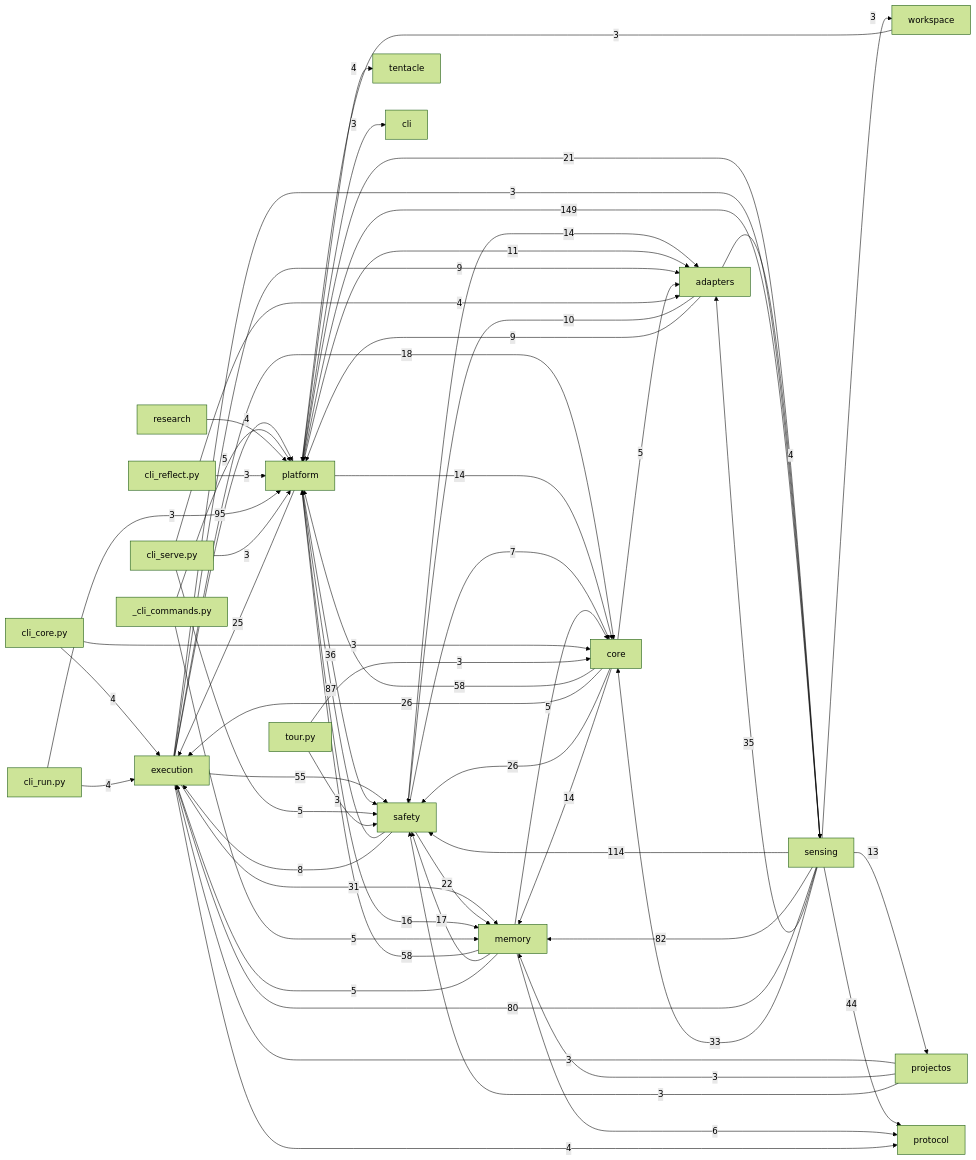
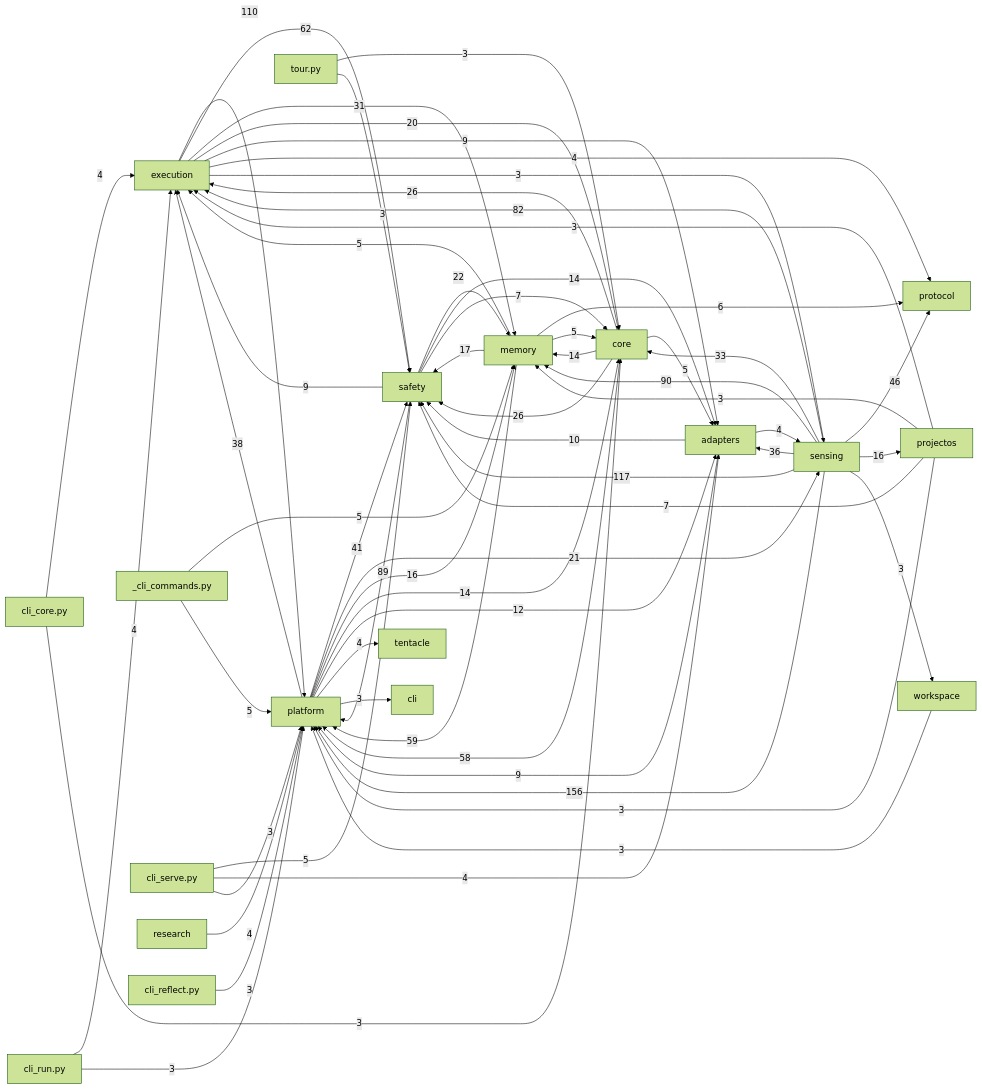
Before and after one commit to dengdenghua/octopus-agent: the diagram in docs/auto/20-backend/index.md, drawn with Mermaid (forest theme). The commit also changed 35 other files, not shown here.

````diff
--- a/docs/auto/20-backend/index.md
+++ b/docs/auto/20-backend/index.md
@@ -26,69 +26,70 @@
 ```mermaid
 graph LR
   execution[execution]
   core[core]
   safety[safety]
   memory[memory]
   sensing[sensing]
   adapters[adapters]
   platform[platform]
-  sensing -- 149 --> platform
-  sensing -- 114 --> safety
-  execution -- 95 --> platform
-  safety -- 87 --> platform
-  sensing -- 82 --> memory
-  sensing -- 80 --> execution
+  sensing -- 156 --> platform
+  sensing -- 117 --> safety
+  execution -- 110 --> platform
+  sensing -- 90 --> memory
+  safety -- 89 --> platform
+  sensing -- 82 --> execution
+  execution -- 62 --> safety
+  memory -- 59 --> platform
   core -- 58 --> platform
-  memory -- 58 --> platform
-  execution -- 55 --> safety
-  sensing -- 44 --> protocol
-  platform -- 36 --> safety
-  sensing -- 35 --> adapters
+  sensing -- 46 --> protocol
+  platform -- 41 --> safety
+  platform -- 38 --> execution
+  sensing -- 36 --> adapters
   sensing -- 33 --> core
   execution -- 31 --> memory
   core -- 26 --> execution
   core -- 26 --> safety
-  platform -- 25 --> execution
   safety -- 22 --> memory
   platform -- 21 --> sensing
-  execution -- 18 --> core
+  execution -- 20 --> core
   memory -- 17 --> safety
   platform -- 16 --> memory
+  sensing -- 16 --> projectos
   core -- 14 --> memory
   platform -- 14 --> core
   safety -- 14 --> adapters
-  sensing -- 13 --> projectos
-  platform -- 11 --> adapters
+  platform -- 12 --> adapters
   adapters -- 10 --> safety
   adapters -- 9 --> platform
   execution -- 9 --> adapters
-  safety -- 8 --> execution
+  safety -- 9 --> execution
+  projectos -- 7 --> safety
   safety -- 7 --> core
   memory -- 6 --> protocol
   _cli_commands.py -- 5 --> memory
   _cli_commands.py -- 5 --> platform
   cli_serve.py -- 5 --> safety
   core -- 5 --> adapters
   memory -- 5 --> core
   memory -- 5 --> execution
   adapters -- 4 --> sensing
   cli_core.py -- 4 --> execution
   cli_run.py -- 4 --> execution
   cli_serve.py -- 4 --> adapters
   execution -- 4 --> protocol
   platform -- 4 --> tentacle
   research -- 4 --> platform
   cli_core.py -- 3 --> core
   cli_reflect.py -- 3 --> platform
   cli_run.py -- 3 --> platform
   cli_serve.py -- 3 --> platform
   execution -- 3 --> sensing
   platform -- 3 --> cli
   projectos -- 3 --> execution
   projectos -- 3 --> memory
-  projectos -- 3 --> safety
+  projectos -- 3 --> platform
   sensing -- 3 --> workspace
   tour.py -- 3 --> core
   tour.py -- 3 --> safety
   workspace -- 3 --> platform
 ```
````
